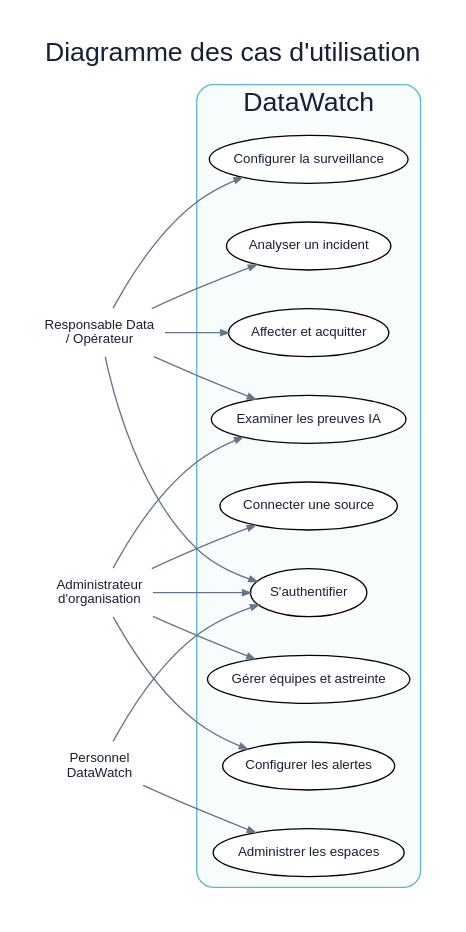
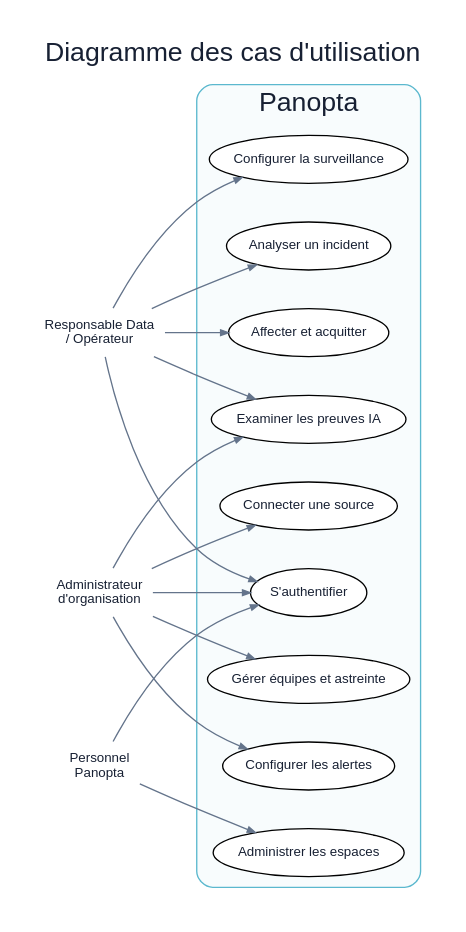
The diagram in docs/diagrams/pfe/use_cases.dot (ryvga/DataWatch), drawn with Graphviz before and after one commit. The commit also changed 28 other files, not shown here.

```diff
--- a/docs/diagrams/pfe/use_cases.dot
+++ b/docs/diagrams/pfe/use_cases.dot
@@ -1,22 +1,22 @@
 digraph UseCases {
   graph [rankdir=LR, bgcolor="white", pad="0.25", nodesep="0.4", ranksep="0.45", fontname="Arial", labelloc="t", label="Diagramme des cas d'utilisation", fontsize=20, fontcolor="#172033"];
   node [fontname="Arial", fontsize=10, fontcolor="#172033"];
   edge [color="#64748B", penwidth=1.0, arrowsize=0.6];
   op [shape=plaintext, label="Responsable Data\n/ Opérateur"];
   admin [shape=plaintext, label="Administrateur\nd'organisation"];
-  staff [shape=plaintext, label="Personnel\nDataWatch"];
-  subgraph cluster_system { label="DataWatch"; color="#5BB8CE"; style="rounded,filled"; fillcolor="#F8FCFD";
+  staff [shape=plaintext, label="Personnel\nPanopta"];
+  subgraph cluster_system { label="Panopta"; color="#5BB8CE"; style="rounded,filled"; fillcolor="#F8FCFD";
     login [shape=ellipse, style=filled, fillcolor="#FFFFFF", label="S'authentifier"];
     source [shape=ellipse, style=filled, fillcolor="#FFFFFF", label="Connecter une source"];
     monitor [shape=ellipse, style=filled, fillcolor="#FFFFFF", label="Configurer la surveillance"];
     incident [shape=ellipse, style=filled, fillcolor="#FFFFFF", label="Analyser un incident"];
     assign [shape=ellipse, style=filled, fillcolor="#FFFFFF", label="Affecter et acquitter"];
     alert [shape=ellipse, style=filled, fillcolor="#FFFFFF", label="Configurer les alertes"];
     team [shape=ellipse, style=filled, fillcolor="#FFFFFF", label="Gérer équipes et astreinte"];
     ai [shape=ellipse, style=filled, fillcolor="#FFFFFF", label="Examiner les preuves IA"];
     tenant [shape=ellipse, style=filled, fillcolor="#FFFFFF", label="Administrer les espaces"];
   }
   op -> login; op -> monitor; op -> incident; op -> assign; op -> ai;
   admin -> login; admin -> source; admin -> alert; admin -> team; admin -> ai;
   staff -> login; staff -> tenant;
 }
```
